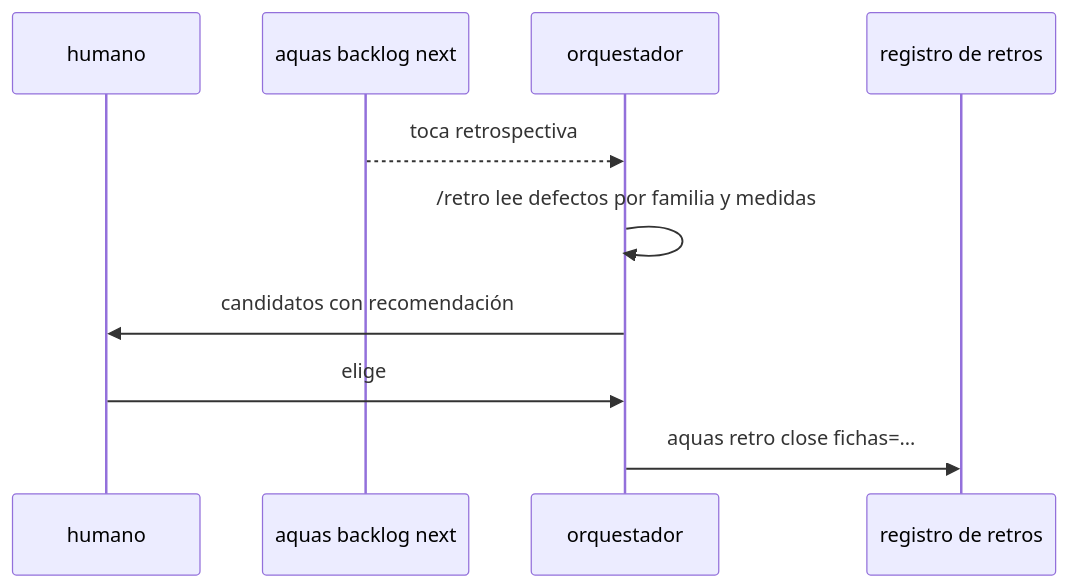
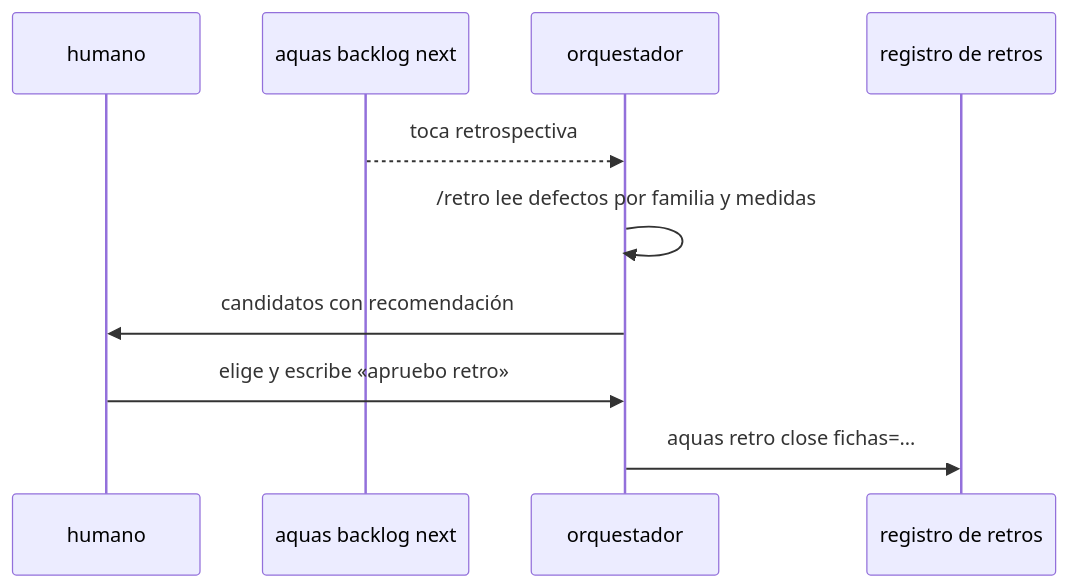
One commit to jliberal-aquas/aquas-central-harness-government changed the second of 3 diagrams in docs/E001/F018/README.md. Above: the diagram before and after it, drawn with Mermaid. The commit also changed other lines of this file and 87 other files, not shown here.

````diff
--- a/docs/E001/F018/README.md
+++ b/docs/E001/F018/README.md
@@ -49,12 +49,12 @@
 ```mermaid
 sequenceDiagram
     participant H as humano
     participant B as aquas backlog next
     participant O as orquestador
     participant R as registro de retros
     B-->>O: toca retrospectiva
     O->>O: /retro lee defectos por familia y medidas
     O->>H: candidatos con recomendación
-    H->>O: elige
+    H->>O: elige y escribe «apruebo retro»
     O->>R: aquas retro close fichas=…
 ```
````
